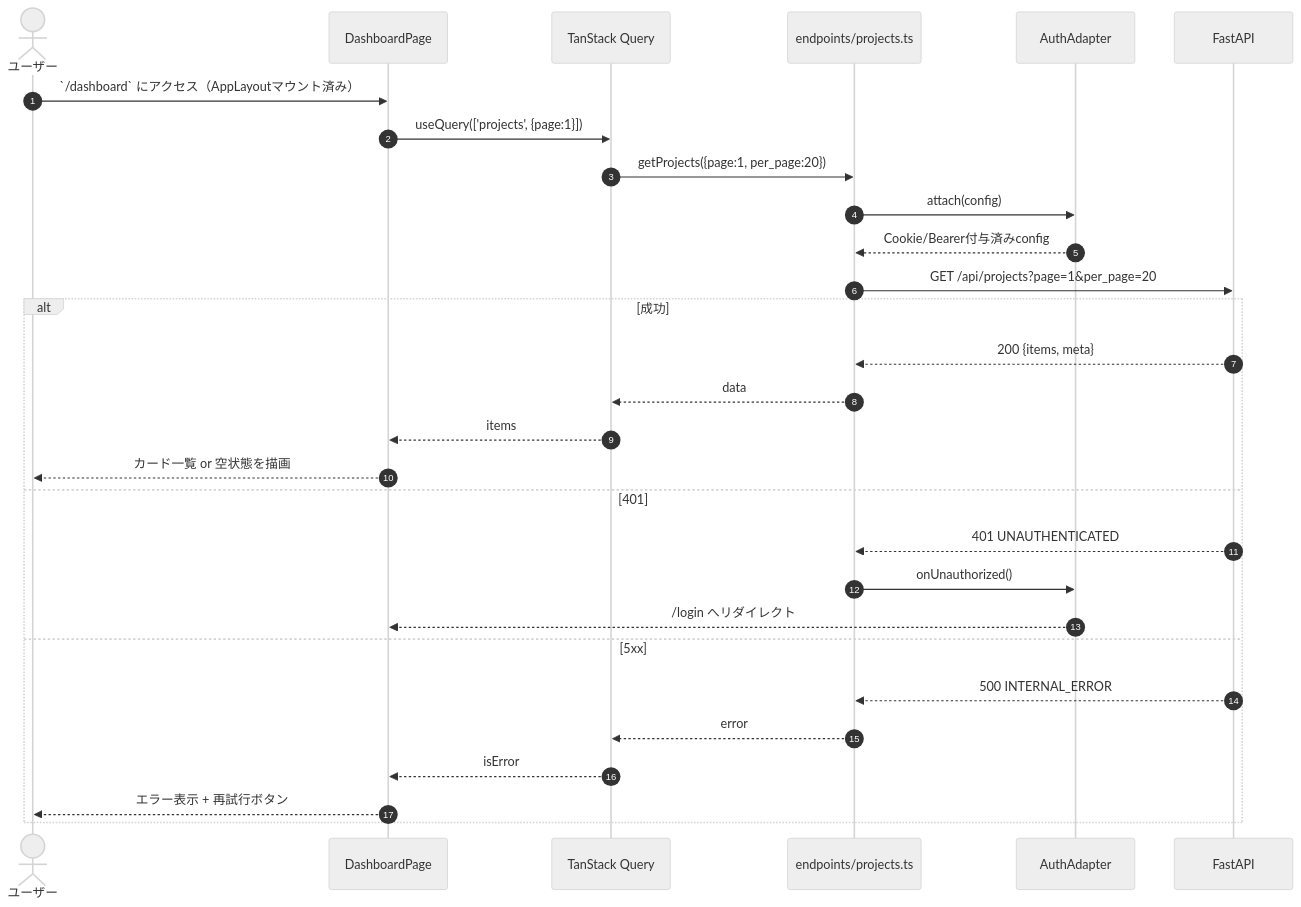
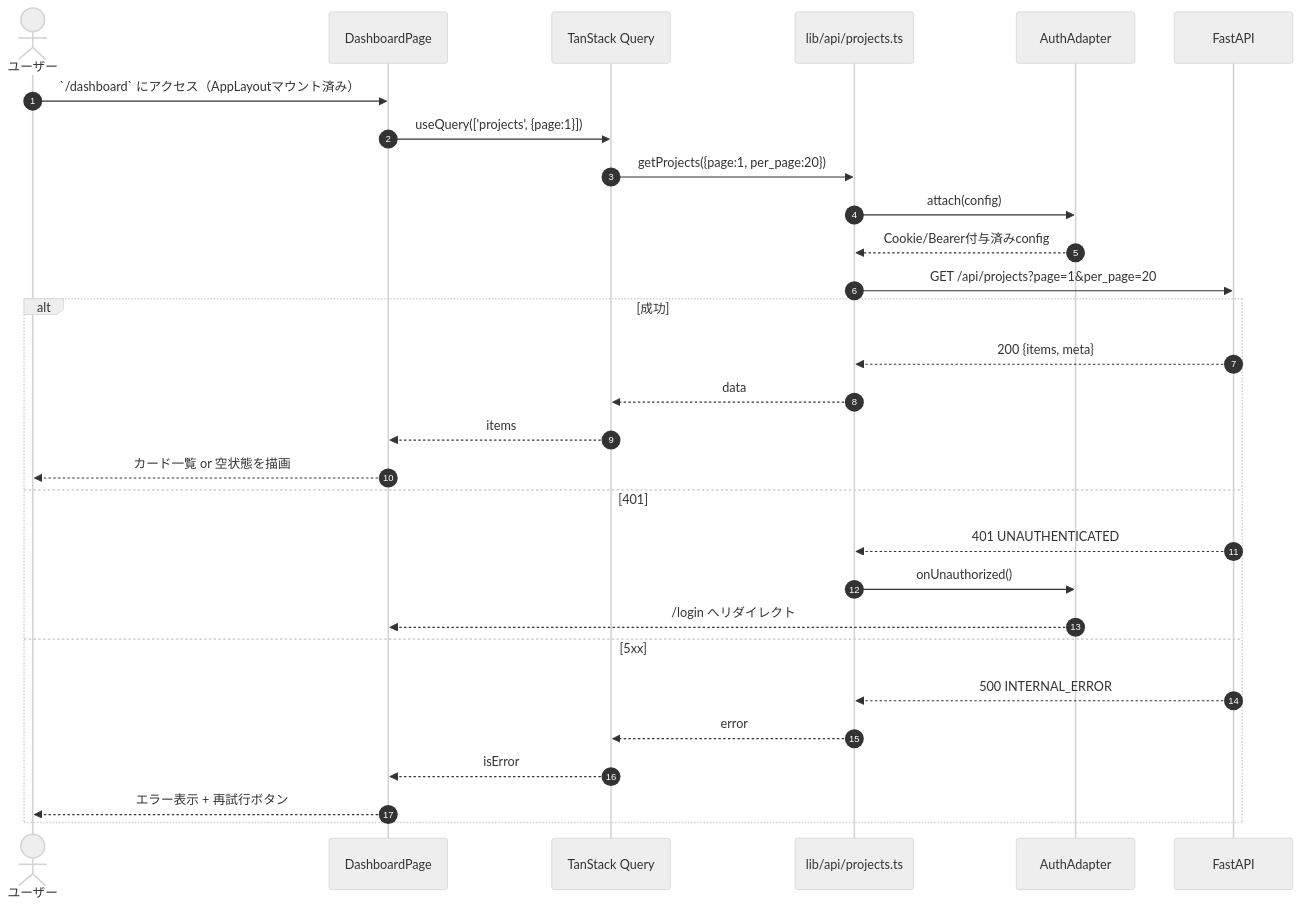
One commit to oikawa-d/task_management changed the second of 5 diagrams in docs/detailed_design/screen/06_dashboard.md. Above: the diagram before and after it, drawn with Mermaid (neutral theme). The commit also changed other lines of this file, not shown here.

````diff
--- a/docs/detailed_design/screen/06_dashboard.md
+++ b/docs/detailed_design/screen/06_dashboard.md
@@ -125,32 +127,32 @@
 ```mermaid
 sequenceDiagram
     autonumber
     actor U as ユーザー
     participant DP as DashboardPage
     participant Q as TanStack Query
-    participant EP as endpoints/projects.ts
+    participant EP as lib/api/projects.ts
     participant AA as AuthAdapter
     participant API as FastAPI
 
     U->>DP: `/dashboard` にアクセス（AppLayoutマウント済み）
     DP->>Q: useQuery(['projects', {page:1}])
     Q->>EP: getProjects({page:1, per_page:20})
     EP->>AA: attach(config)
     AA-->>EP: Cookie/Bearer付与済みconfig
     EP->>API: GET /api/projects?page=1&per_page=20
     alt 成功
         API-->>EP: 200 {items, meta}
         EP-->>Q: data
         Q-->>DP: items
         DP-->>U: カード一覧 or 空状態を描画
     else 401
         API-->>EP: 401 UNAUTHENTICATED
         EP->>AA: onUnauthorized()
         AA-->>DP: /login へリダイレクト
     else 5xx
         API-->>EP: 500 INTERNAL_ERROR
         EP-->>Q: error
         Q-->>DP: isError
         DP-->>U: エラー表示 + 再試行ボタン
     end
 ```
````
